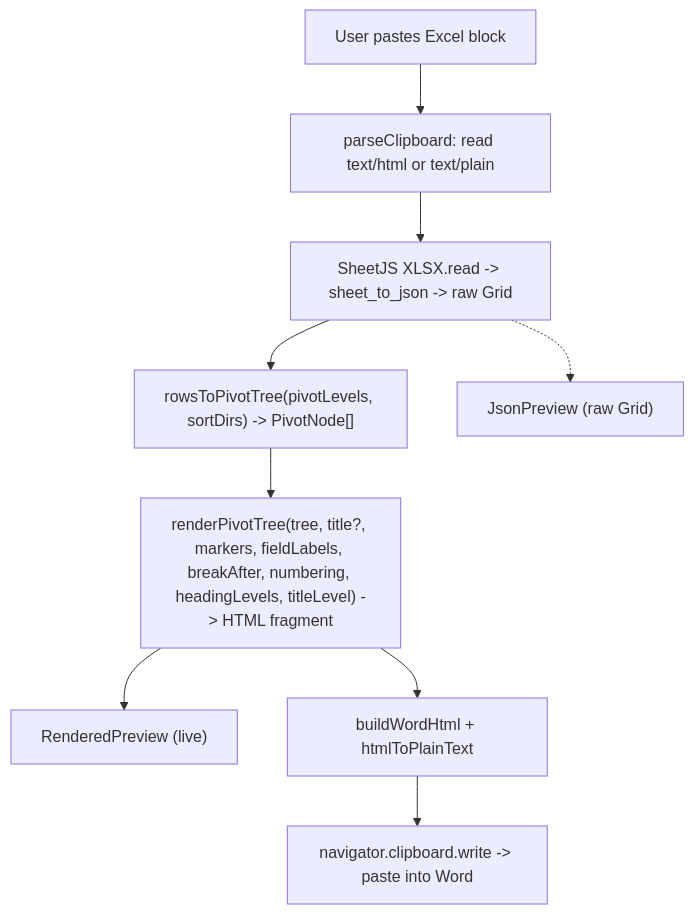
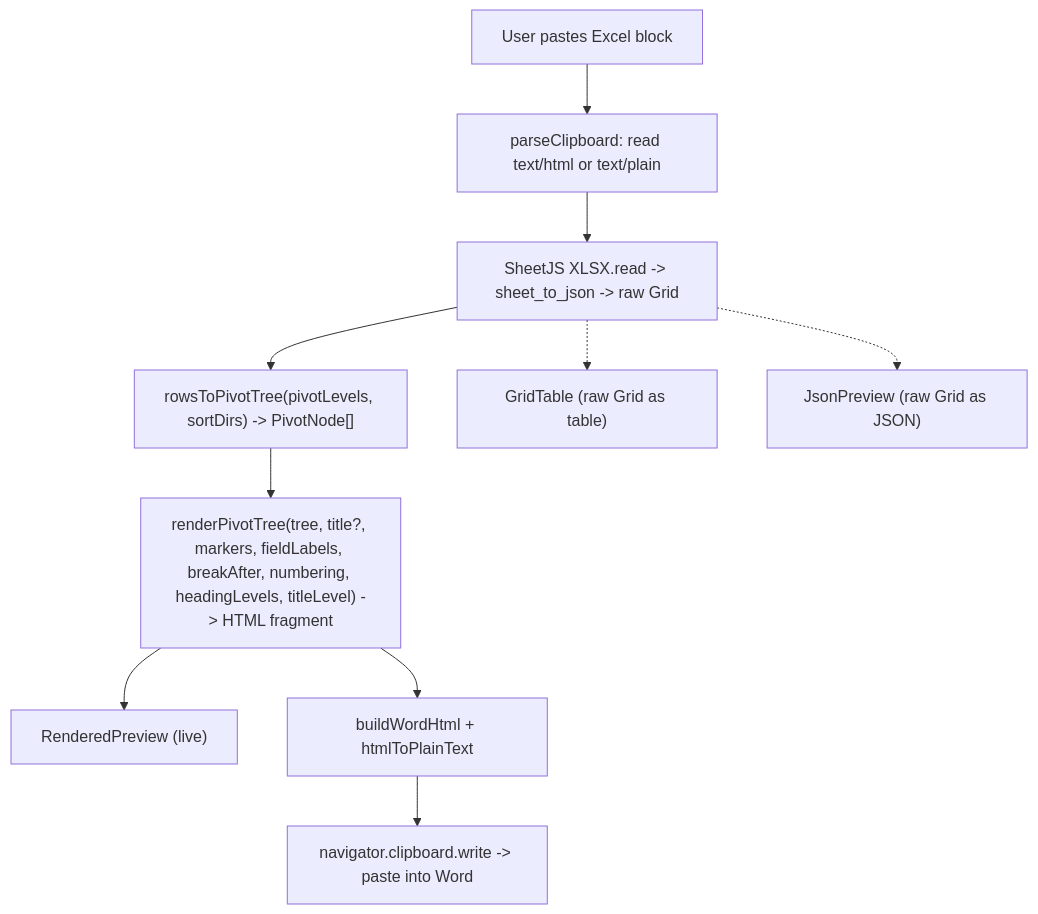
The diagram in docs/ARCHITECTURE.md (henryqpham/PivotParagraph), drawn with Mermaid before and after one commit. The commit also changed other lines of this file and 5 other files, not shown here.

````diff
--- a/docs/ARCHITECTURE.md
+++ b/docs/ARCHITECTURE.md
@@ -68,15 +68,17 @@
 ```mermaid
 flowchart TD
     A["User pastes Excel block"]
     B["parseClipboard: read text/html or text/plain"]
     C["SheetJS XLSX.read -> sheet_to_json -> raw Grid"]
     PV["rowsToPivotTree(pivotLevels, sortDirs) -> PivotNode[]"]
     RP["renderPivotTree(tree, title?, markers, fieldLabels, breakAfter, numbering, headingLevels, titleLevel) -> HTML fragment"]
     P["RenderedPreview (live)"]
-    J["JsonPreview (raw Grid)"]
+    GT["GridTable (raw Grid as table)"]
+    J["JsonPreview (raw Grid as JSON)"]
     W["buildWordHtml + htmlToPlainText"]
     X["navigator.clipboard.write -> paste into Word"]
     A --> B --> C --> PV --> RP --> P
+    C -.-> GT
     C -.-> J
     RP --> W --> X
 ```
````
